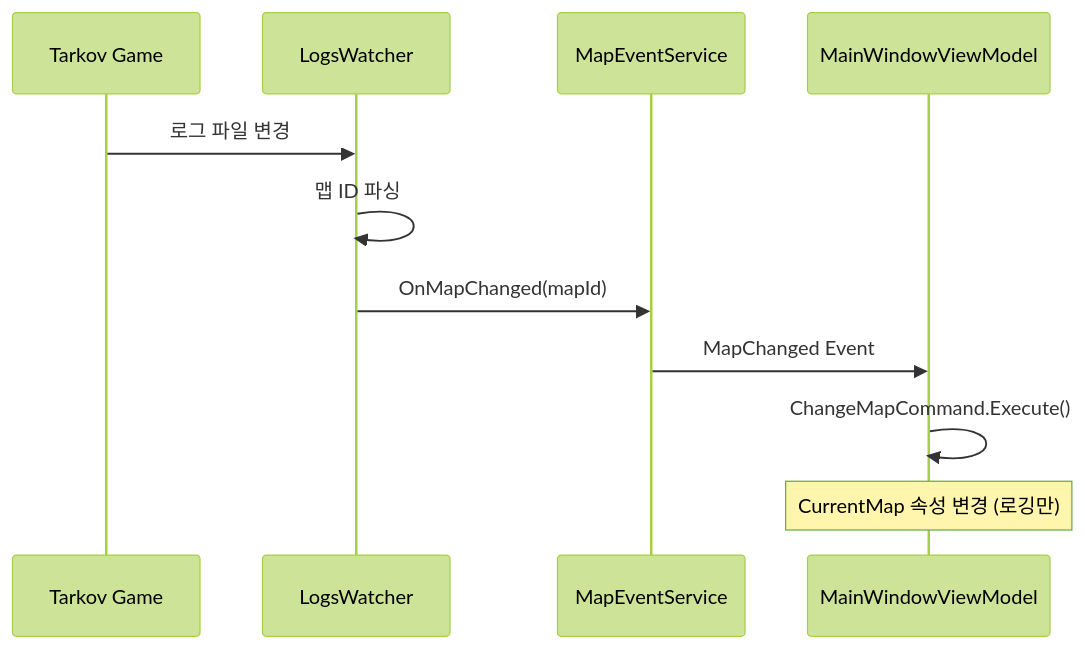
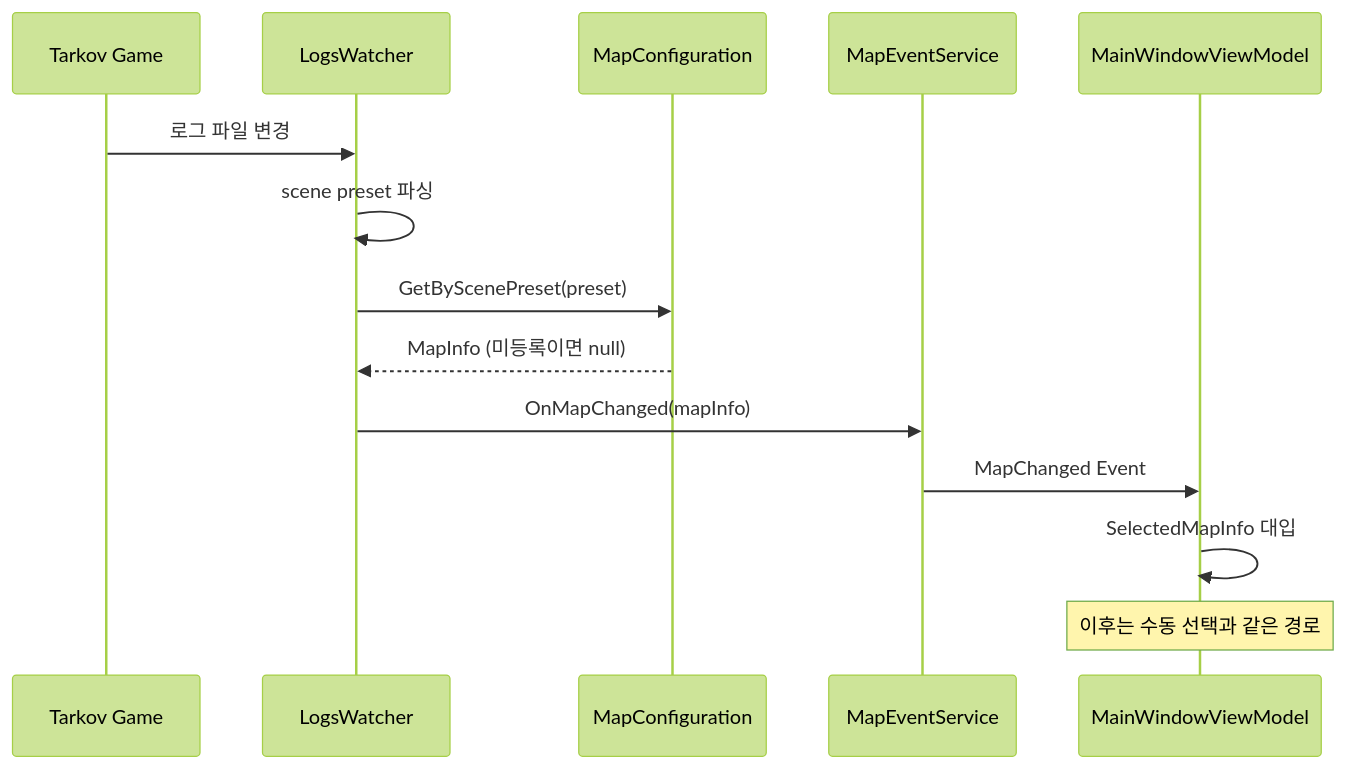
One commit to siakun/TanukiTarkovMap changed the third of 8 diagrams in PROJECT.md. Above: the diagram before and after it, drawn with Mermaid (forest theme). The commit also changed other lines of this file and 5 other files, not shown here.

````diff
--- a/PROJECT.md
+++ b/PROJECT.md
@@ -164,14 +164,17 @@
 ```mermaid
 sequenceDiagram
     participant TK as Tarkov Game
     participant LW as LogsWatcher
+    participant MC as MapConfiguration
     participant MES as MapEventService
     participant MWVM as MainWindowViewModel
 
     TK->>LW: 로그 파일 변경
-    LW->>LW: 맵 ID 파싱
-    LW->>MES: OnMapChanged(mapId)
+    LW->>LW: scene preset 파싱
+    LW->>MC: GetByScenePreset(preset)
+    MC-->>LW: MapInfo (미등록이면 null)
+    LW->>MES: OnMapChanged(mapInfo)
     MES->>MWVM: MapChanged Event
-    MWVM->>MWVM: ChangeMapCommand.Execute()
-    Note over MWVM: CurrentMap 속성 변경 (로깅만)
+    MWVM->>MWVM: SelectedMapInfo 대입
+    Note over MWVM: 이후는 수동 선택과 같은 경로
 ```
````
